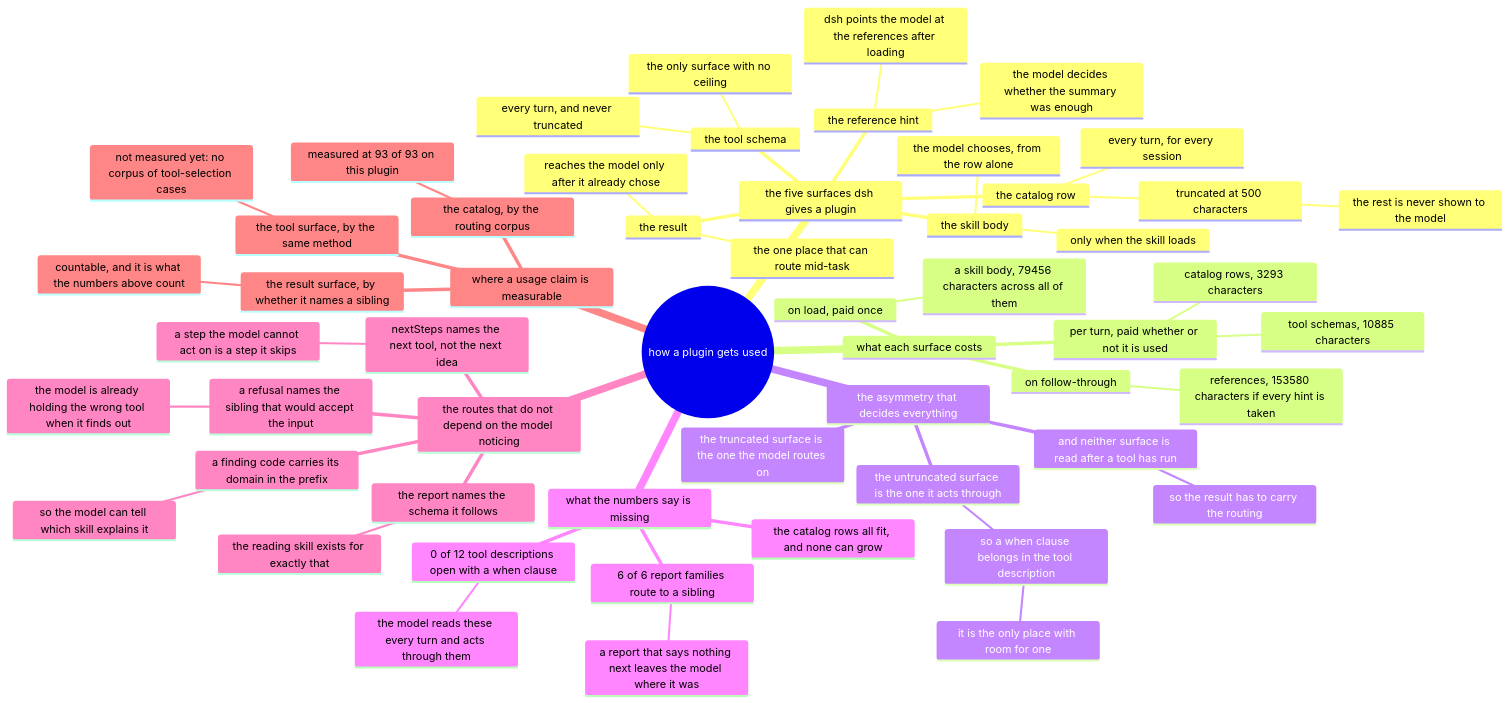
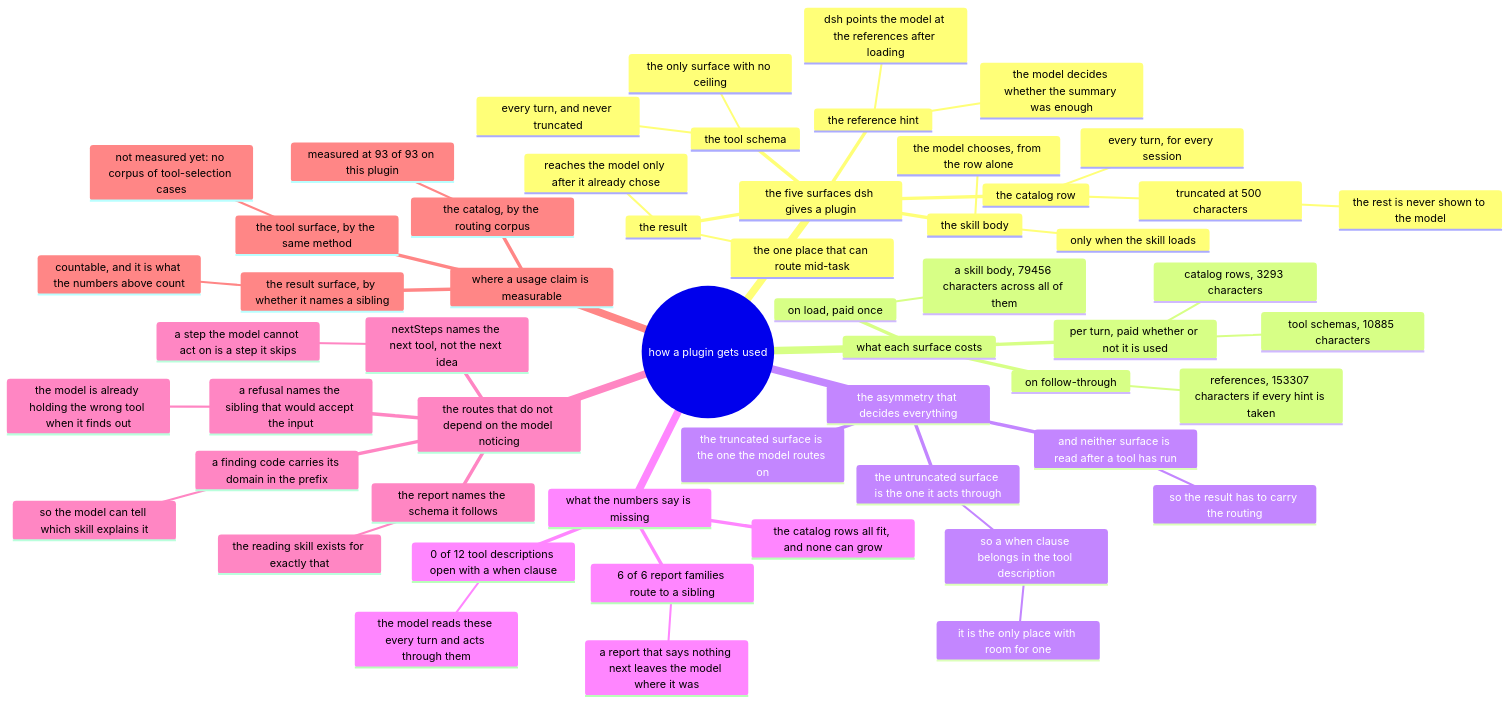
The diagram in docs/usage/mindmap.mmd (AmethystLuna/dsh-model-everything), drawn with Mermaid before and after one commit. The commit also changed 10 other files, not shown here.

```diff
--- a/docs/usage/mindmap.mmd
+++ b/docs/usage/mindmap.mmd
@@ -1,56 +1,56 @@
 mindmap
 root((how a plugin gets used))
   the five surfaces dsh gives a plugin
     the catalog row
       every turn, for every session
       truncated at 500 characters
         the rest is never shown to the model
     the skill body
       only when the skill loads
       the model chooses, from the row alone
     the reference hint
       dsh points the model at the references after loading
       the model decides whether the summary was enough
     the tool schema
       every turn, and never truncated
       the only surface with no ceiling
     the result
       reaches the model only after it already chose
       the one place that can route mid-task
   what each surface costs
     per turn, paid whether or not it is used
       catalog rows, 3293 characters
       tool schemas, 10885 characters
     on load, paid once
       a skill body, 79456 characters across all of them
     on follow-through
-      references, 153580 characters if every hint is taken
+      references, 153307 characters if every hint is taken
   the asymmetry that decides everything
     the truncated surface is the one the model routes on
     the untruncated surface is the one it acts through
       so a when clause belongs in the tool description
         it is the only place with room for one
     and neither surface is read after a tool has run
       so the result has to carry the routing
   what the numbers say is missing
     0 of 12 tool descriptions open with a when clause
       the model reads these every turn and acts through them
     6 of 6 report families route to a sibling
       a report that says nothing next leaves the model where it was
     the catalog rows all fit, and none can grow
   the routes that do not depend on the model noticing
     a refusal names the sibling that would accept the input
       the model is already holding the wrong tool when it finds out
     nextSteps names the next tool, not the next idea
       a step the model cannot act on is a step it skips
     a finding code carries its domain in the prefix
       so the model can tell which skill explains it
     the report names the schema it follows
       the reading skill exists for exactly that
   where a usage claim is measurable
     the catalog, by the routing corpus
       measured at 93 of 93 on this plugin
     the tool surface, by the same method
       not measured yet: no corpus of tool-selection cases
     the result surface, by whether it names a sibling
       countable, and it is what the numbers above count
```
